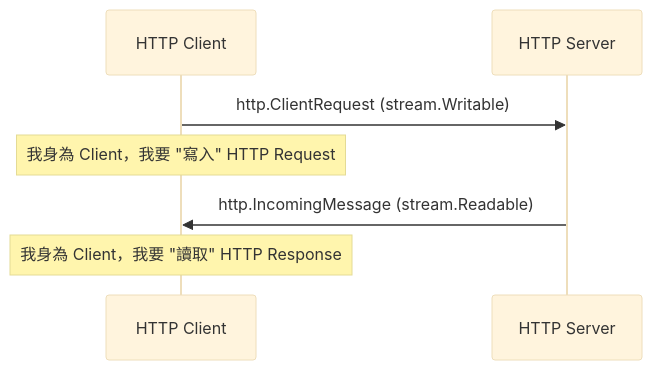
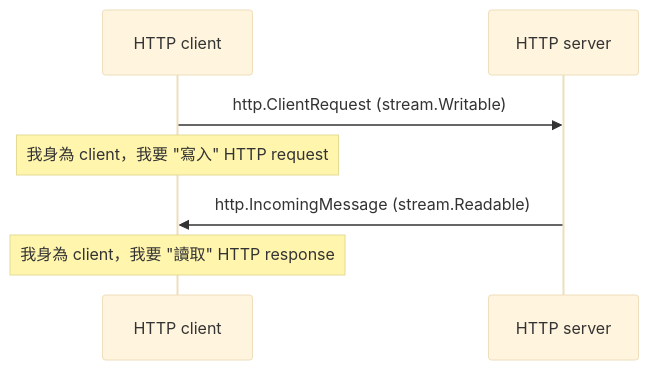
One commit to samuel871211/yusheng-tech-blog changed the second of 5 diagrams in docs/nodejs/stream-overview.md. Above: the diagram before and after it, drawn with Mermaid (base theme). The commit also changed other lines of this file and 1 other file, not shown here.

Commit message:
stream-overview ok

````diff
--- a/docs/nodejs/stream-overview.md
+++ b/docs/nodejs/stream-overview.md
@@ -33,11 +33,11 @@
 ```mermaid
 sequenceDiagram
-  participant HTTP Client
-  participant HTTP Server
+  participant c as HTTP client
+  participant s as HTTP server
 
-  HTTP Client ->> HTTP Server: http.ClientRequest (stream.Writable)
-  Note over HTTP Client: 我身為 Client，我要 "寫入" HTTP Request
+  c ->> s: http.ClientRequest (stream.Writable)
+  Note over c: 我身為 client，我要 "寫入" HTTP request
 
-  HTTP Server ->> HTTP Client: http.IncomingMessage (stream.Readable)
-  Note over HTTP Client: 我身為 Client，我要 "讀取" HTTP Response
+  s ->> c: http.IncomingMessage (stream.Readable)
+  Note over c: 我身為 client，我要 "讀取" HTTP response
 ```
````
